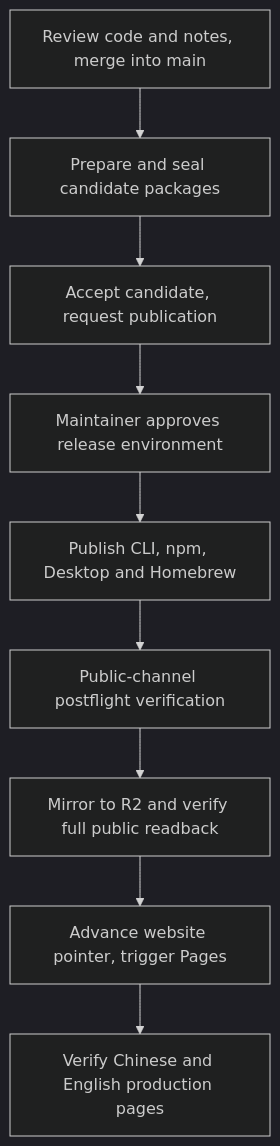
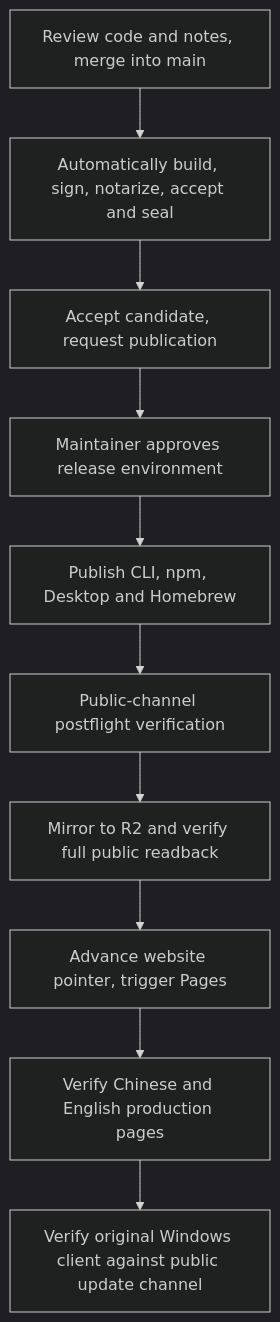
One commit to SivanCola/deepzora changed the diagram in docs/RELEASE_HANDBOOK.md. Above: the diagram before and after it, drawn with Mermaid (dark theme). The commit also changed other lines of this file and 6 other files, not shown here.

````diff
--- a/docs/RELEASE_HANDBOOK.md
+++ b/docs/RELEASE_HANDBOOK.md
@@ -14,11 +18,12 @@
 ```mermaid
 flowchart TD
-  A[Review code and notes, merge into main] --> B[Prepare and seal candidate packages]
+  A[Review code and notes, merge into main] --> B[Automatically build, sign, notarize, accept and seal]
   B --> C[Accept candidate, request publication]
   C --> D[Maintainer approves release environment]
   D --> E[Publish CLI, npm, Desktop and Homebrew]
   E --> F[Public-channel postflight verification]
   F --> G[Mirror to R2 and verify full public readback]
   G --> H[Advance website pointer, trigger Pages]
   H --> I[Verify Chinese and English production pages]
+  I --> J[Verify original Windows client against public update channel]
 ```
````
